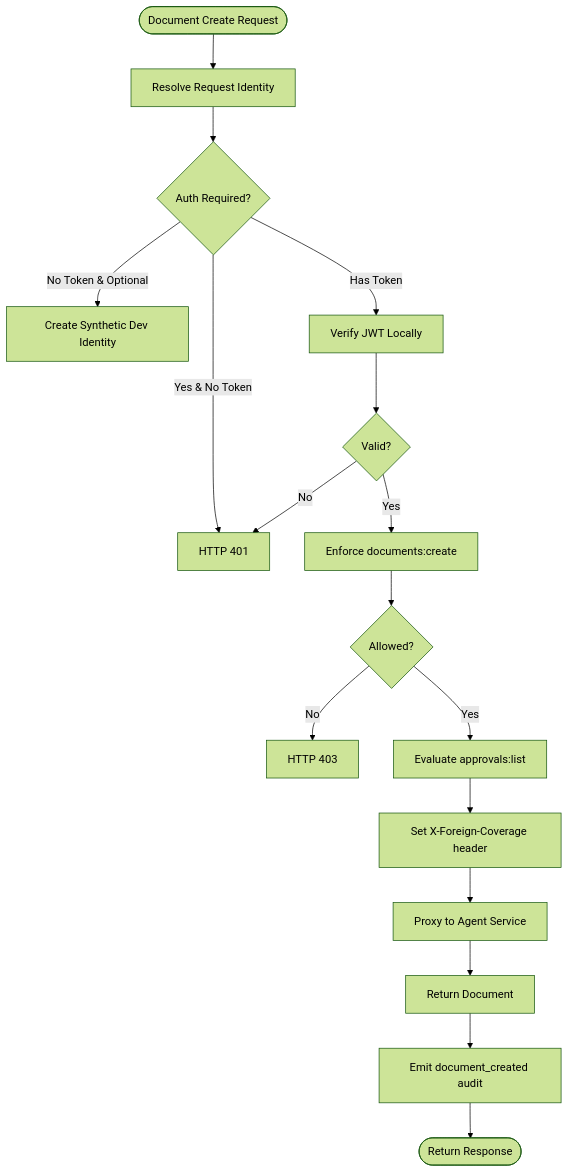
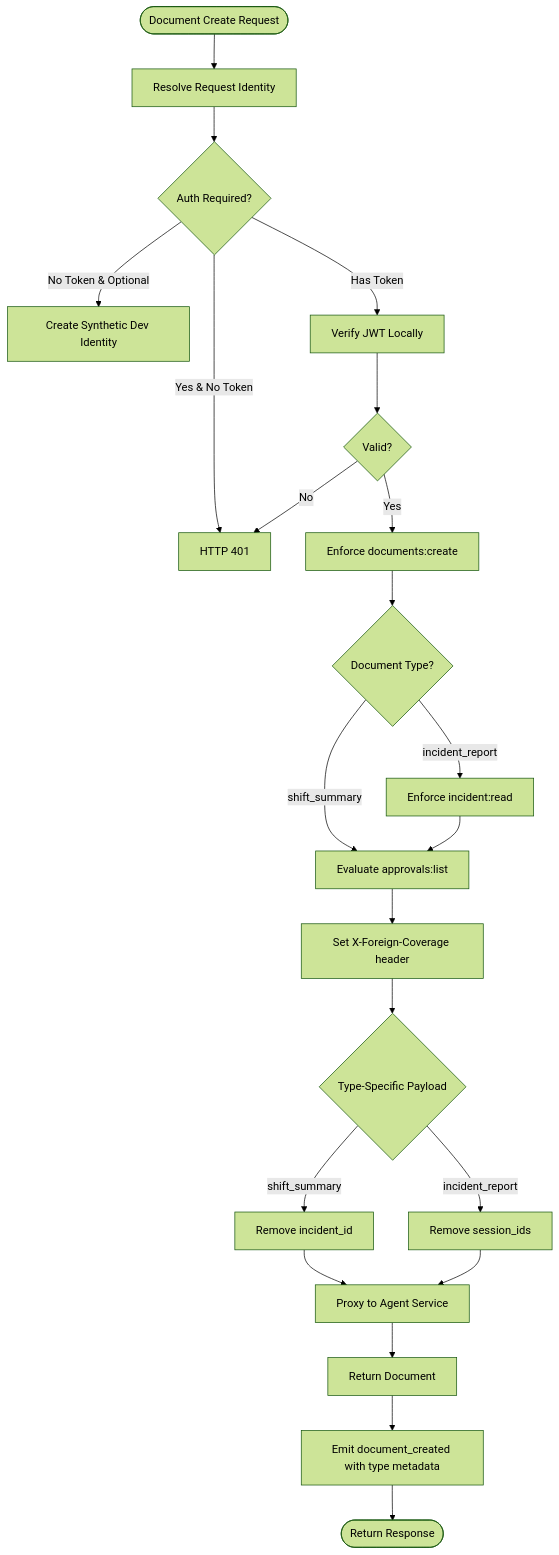
One commit to metasync/luban-aiops changed the fourth of 15 diagrams in .qoder/repowiki/en/content/Architecture Documentation/Platform Gateway Service.md. Above: the diagram before and after it, drawn with Mermaid (forest theme). The commit also changed other lines of this file and 72 other files, not shown here.

````diff
--- a/.qoder/repowiki/en/content/Architecture Documentation/Platform Gateway Service.md
+++ b/.qoder/repowiki/en/content/Architecture Documentation/Platform Gateway Service.md
@@ -414,19 +422,24 @@
 ```mermaid
 flowchart TD
 Start(["Document Create Request"]) --> ResolveId["Resolve Request Identity"]
 ResolveId --> AuthCheck{"Auth Required?"}
 AuthCheck --> |Yes & No Token| Deny401["HTTP 401"]
 AuthCheck --> |No Token & Optional| Synthetic["Create Synthetic Dev Identity"]
 AuthCheck --> |Has Token| Verify["Verify JWT Locally"]
 Verify --> Valid{"Valid?"}
 Valid --> |No| Deny401
 Valid --> |Yes| PolicyEnf["Enforce documents:create"]
-PolicyEnf --> Allowed{"Allowed?"}
-Allowed --> |No| Deny403["HTTP 403"]
-Allowed --> |Yes| ComputeCoverage["Evaluate approvals:list"]
+PolicyEnf --> CheckType{"Document Type?"}
+CheckType --> |shift_summary| ComputeCoverage["Evaluate approvals:list"]
+CheckType --> |incident_report| EnforceIncident["Enforce incident:read"]
 ComputeCoverage --> SetHeader["Set X-Foreign-Coverage header"]
-SetHeader --> Proxy["Proxy to Agent Service"]
+EnforceIncident --> ComputeCoverage
+SetHeader --> TypePayload{"Type-Specific Payload"}
+TypePayload --> |shift_summary| RemoveIncident["Remove incident_id"]
+TypePayload --> |incident_report| RemoveSessions["Remove session_ids"]
+RemoveIncident --> Proxy["Proxy to Agent Service"]
+RemoveSessions --> Proxy
 Proxy --> Response["Return Document"]
-Response --> Audit["Emit document_created audit"]
+Response --> Audit["Emit document_created with type metadata"]
 Audit --> Return(["Return Response"])
 ```
````
